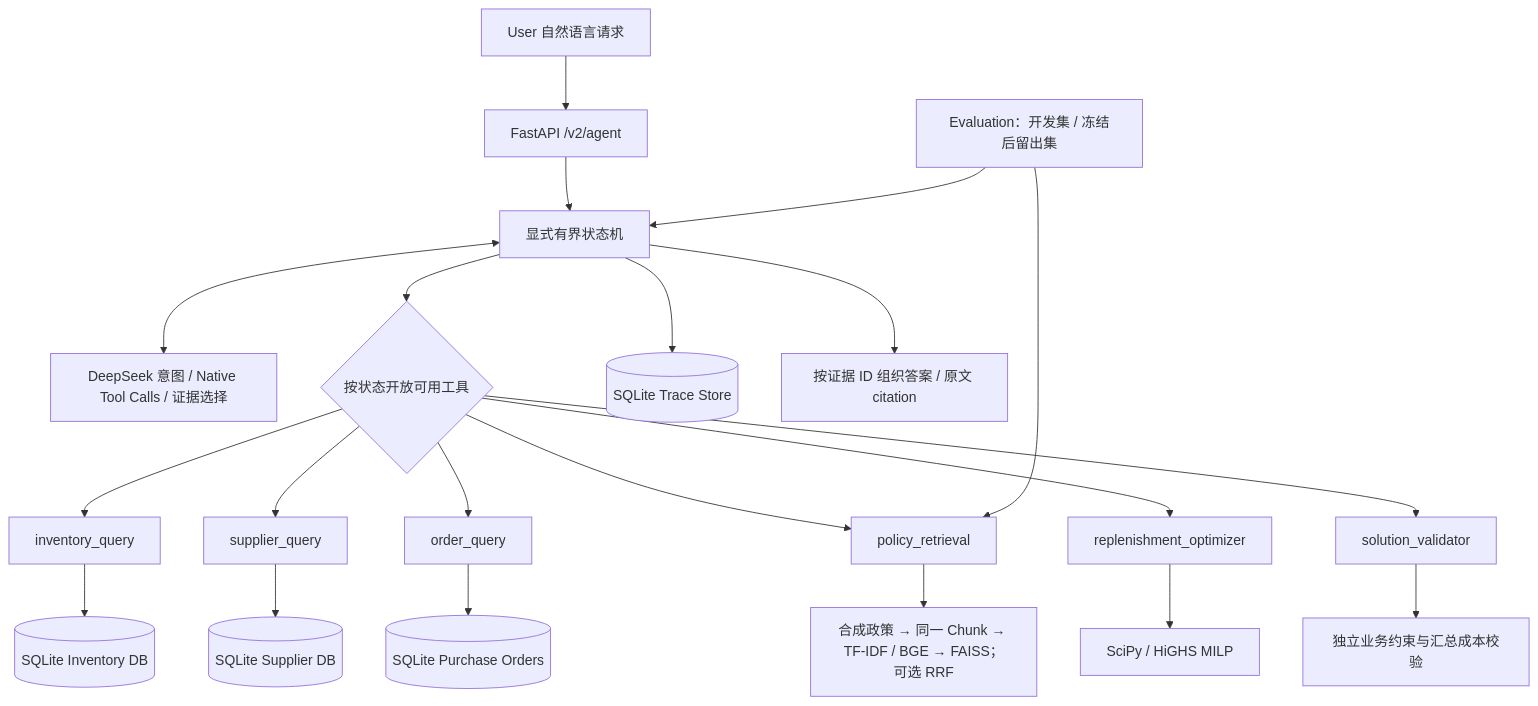
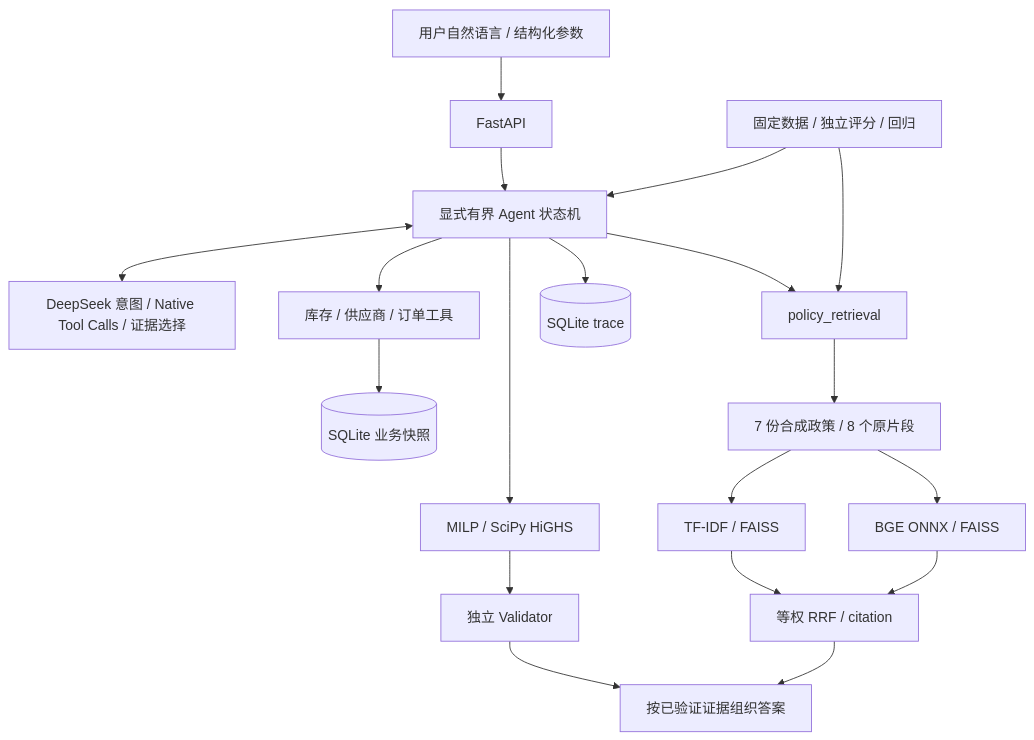
Before and after one commit to liunan09-ops/llm4or-supplychain-agent-public: the diagram in README.md, drawn with Mermaid. The commit also changed other lines of this file and 111 other files, not shown here.

````diff
--- a/README.md
+++ b/README.md
@@ -32,23 +29,21 @@
 ```mermaid
 flowchart TD
-  User["User 自然语言请求"] --> API["FastAPI /v2/agent"]
-  API --> Agent["显式有界状态机"]
-  Agent <--> LLM["DeepSeek 意图 / Native Tool Calls / 证据选择"]
-  Agent --> Route{"按状态开放可用工具"}
-  Route --> Inventory["inventory_query"]
-  Route --> Supplier["supplier_query"]
-  Route --> Orders["order_query"]
-  Route --> RAG["policy_retrieval"]
-  Route --> OR["replenishment_optimizer"]
-  Route --> Validator["solution_validator"]
-  Inventory --> IDB[("SQLite Inventory DB")]
-  Supplier --> SDB[("SQLite Supplier DB")]
-  Orders --> ODB[("SQLite Purchase Orders")]
-  RAG --> Policy["合成政策 → 同一 Chunk → TF-IDF / BGE → FAISS；可选 RRF"]
-  OR --> Solver["SciPy / HiGHS MILP"]
-  Validator --> Check["独立业务约束与汇总成本校验"]
-  Agent --> Trace[("SQLite Trace Store")]
-  Agent --> Answer["按证据 ID 组织答案 / 原文 citation"]
-  Eval["Evaluation：开发集 / 冻结后留出集"] --> Agent
+  User[用户自然语言 / 结构化参数] --> API[FastAPI]
+  API --> Agent[显式有界 Agent 状态机]
+  Agent <--> LLM[DeepSeek 意图 / Native Tool Calls / 证据选择]
+  Agent --> Query[库存 / 供应商 / 订单工具]
+  Query --> DB[(SQLite 业务快照)]
+  Agent --> RAG[policy_retrieval]
+  RAG --> Chunk[7 份合成政策 / 8 个原片段]
+  Chunk --> Lex[TF-IDF / FAISS]
+  Chunk --> Dense[BGE ONNX / FAISS]
+  Lex --> RRF[等权 RRF / citation]
+  Dense --> RRF
+  Agent --> OR[MILP / SciPy HiGHS]
+  OR --> Validator[独立 Validator]
+  Validator --> Answer[按已验证证据组织答案]
+  RRF --> Answer
+  Agent --> Trace[(SQLite trace)]
+  Eval[固定数据 / 独立评分 / 回归] --> Agent
   Eval --> RAG
 ```
````
